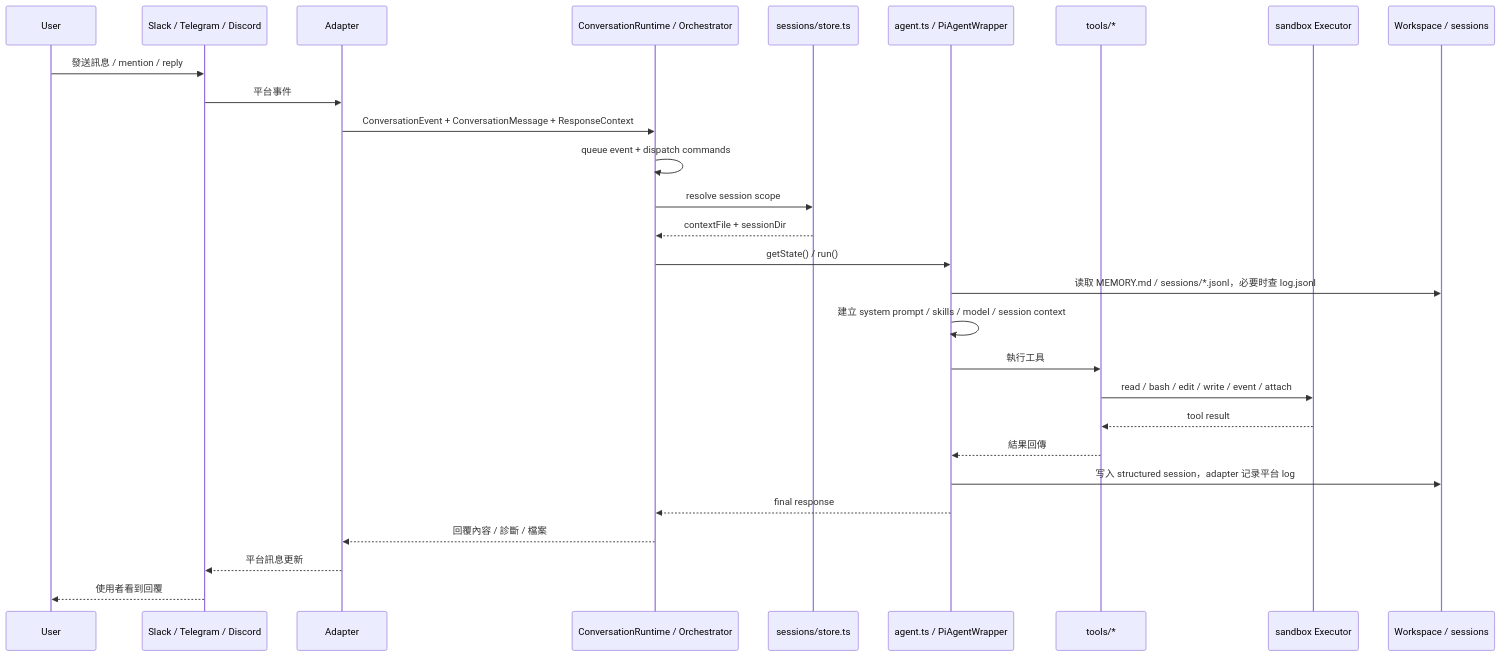
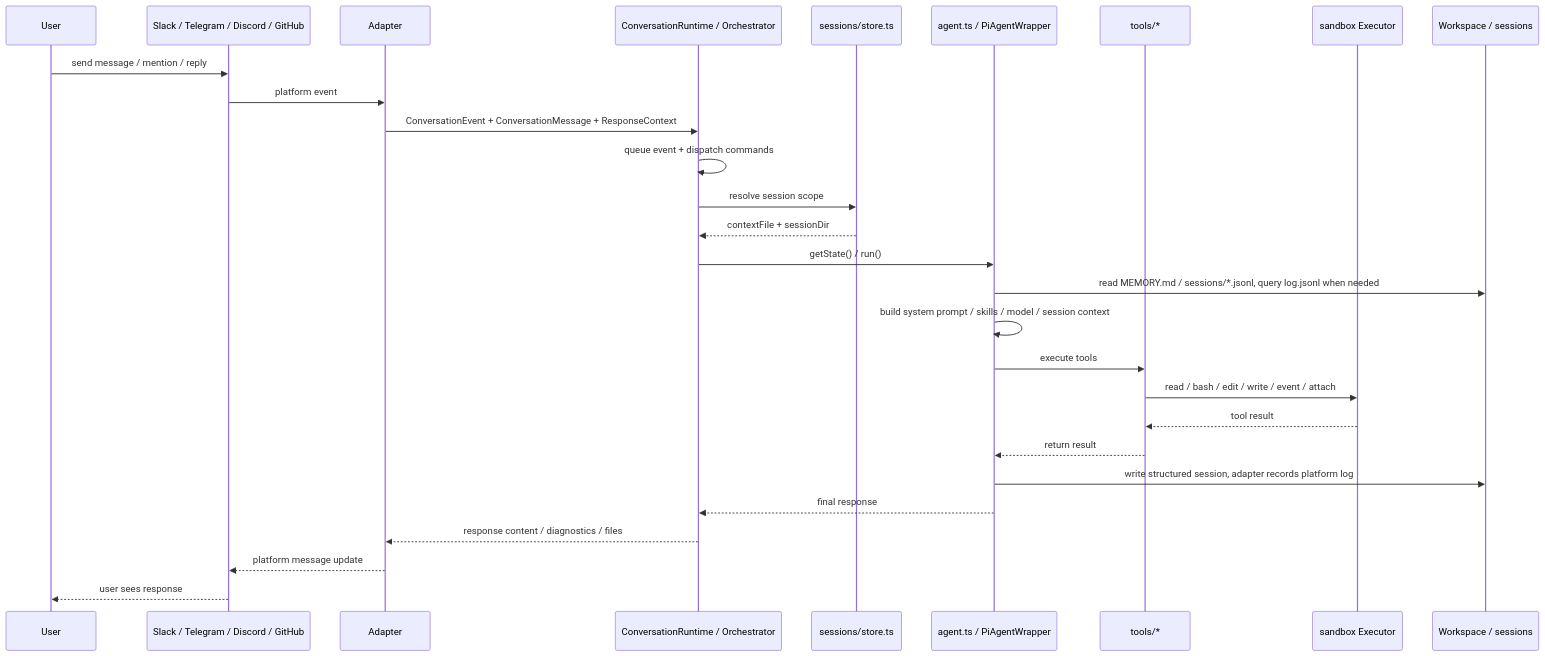
One commit to geminixiang/mikan changed the first of 2 diagrams in src/content/docs/zh-cn/architecture.md. Above: the diagram before and after it, drawn with Mermaid. The commit also changed other lines of this file and 76 other files, not shown here.

````diff
--- a/src/content/docs/zh-cn/architecture.md
+++ b/src/content/docs/zh-cn/architecture.md
@@ -105,31 +104,31 @@
 ```mermaid
 sequenceDiagram
   participant U as User
-  participant P as Slack / Telegram / Discord
+  participant P as Slack / Telegram / Discord / GitHub
   participant A as Adapter
   participant M as ConversationRuntime / Orchestrator
   participant S as sessions/store.ts
   participant R as agent.ts / PiAgentWrapper
   participant T as tools/*
   participant X as sandbox Executor
   participant W as Workspace / sessions
 
-  U->>P: 發送訊息 / mention / reply
-  P->>A: 平台事件
+  U->>P: send message / mention / reply
+  P->>A: platform event
   A->>M: ConversationEvent + ConversationMessage + ResponseContext
   M->>M: queue event + dispatch commands
   M->>S: resolve session scope
   S-->>M: contextFile + sessionDir
   M->>R: getState() / run()
-  R->>W: 读取 MEMORY.md / sessions/*.jsonl，必要时查 log.jsonl
-  R->>R: 建立 system prompt / skills / model / session context
-  R->>T: 執行工具
+  R->>W: read MEMORY.md / sessions/*.jsonl, query log.jsonl when needed
+  R->>R: build system prompt / skills / model / session context
+  R->>T: execute tools
   T->>X: read / bash / edit / write / event / attach
   X-->>T: tool result
-  T-->>R: 結果回傳
-  R->>W: 写入 structured session，adapter 记录平台 log
+  T-->>R: return result
+  R->>W: write structured session, adapter records platform log
   R-->>M: final response
-  M-->>A: 回覆內容 / 診斷 / 檔案
-  A-->>P: 平台訊息更新
-  P-->>U: 使用者看到回覆
+  M-->>A: response content / diagnostics / files
+  A-->>P: platform message update
+  P-->>U: user sees response
 ```
````
